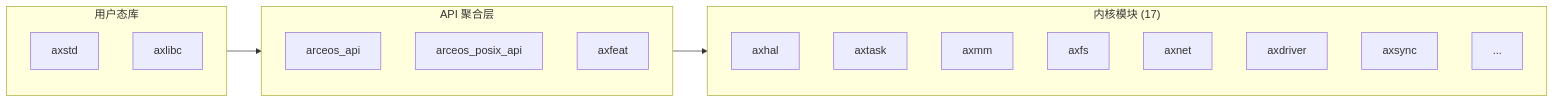
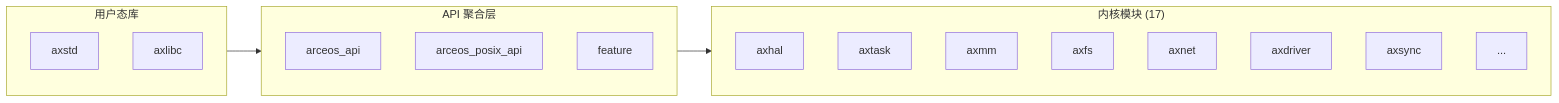
Before and after one commit to rcore-os/tgoskits: the second of 5 diagrams in docs/docs/introduction/overview.md, drawn with Mermaid. The commit also changed other lines of this file and 189 other files, not shown here.

````diff
--- a/docs/docs/introduction/overview.md
+++ b/docs/docs/introduction/overview.md
@@ -121,24 +121,24 @@
 ```mermaid
 flowchart LR
     subgraph ulib["用户态库"]
         axstd["axstd"]
         axlibc["axlibc"]
     end
     subgraph api["API 聚合层"]
         arceos_api["arceos_api"]
         posix_api["arceos_posix_api"]
-        axfeat["axfeat"]
+        feature["feature"]
     end
     subgraph mods["内核模块 (17)"]
         hal["axhal"]
         task["axtask"]
         mm["axmm"]
         fs["axfs"]
         net["axnet"]
         drv["axdriver"]
         sync["axsync"]
         other["..."]
     end
 
     ulib --> api --> mods
 ```
````
